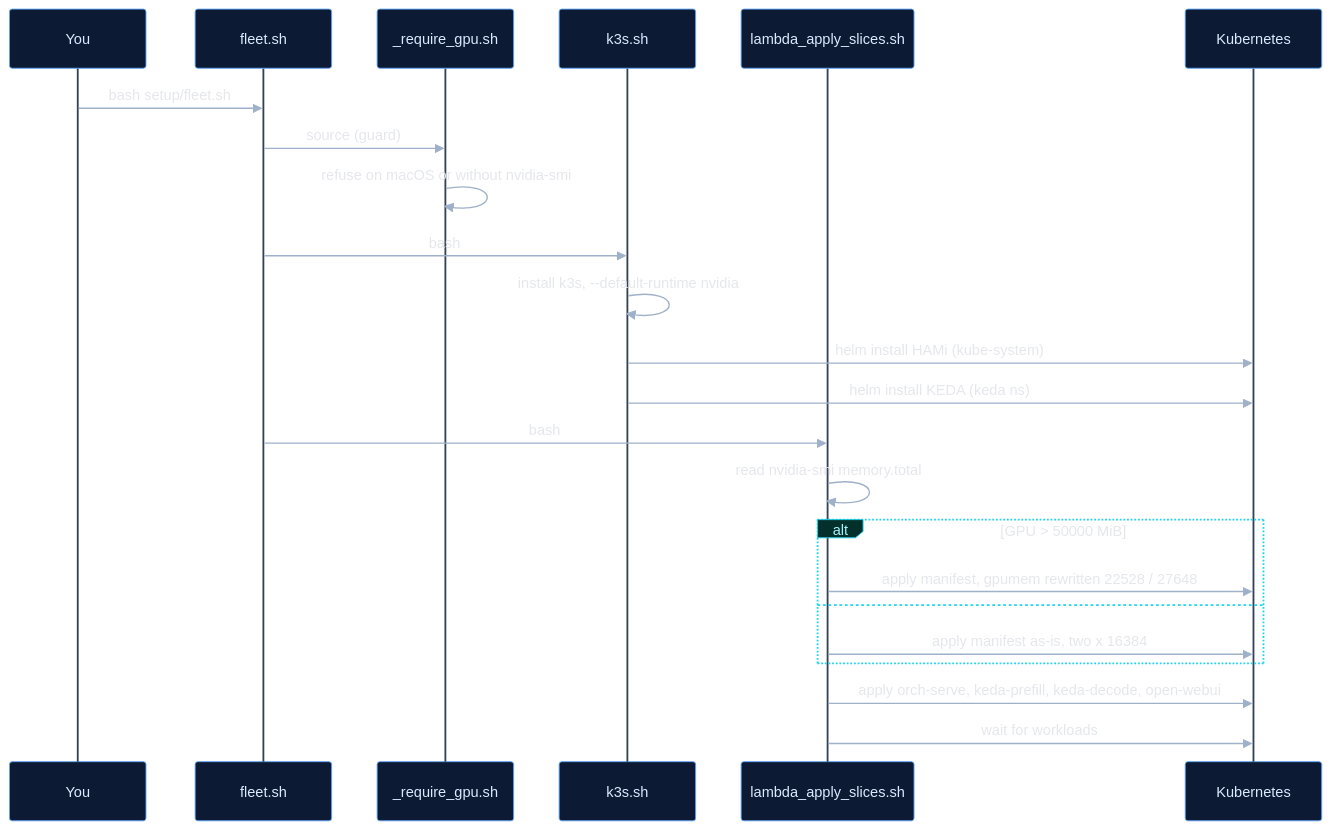
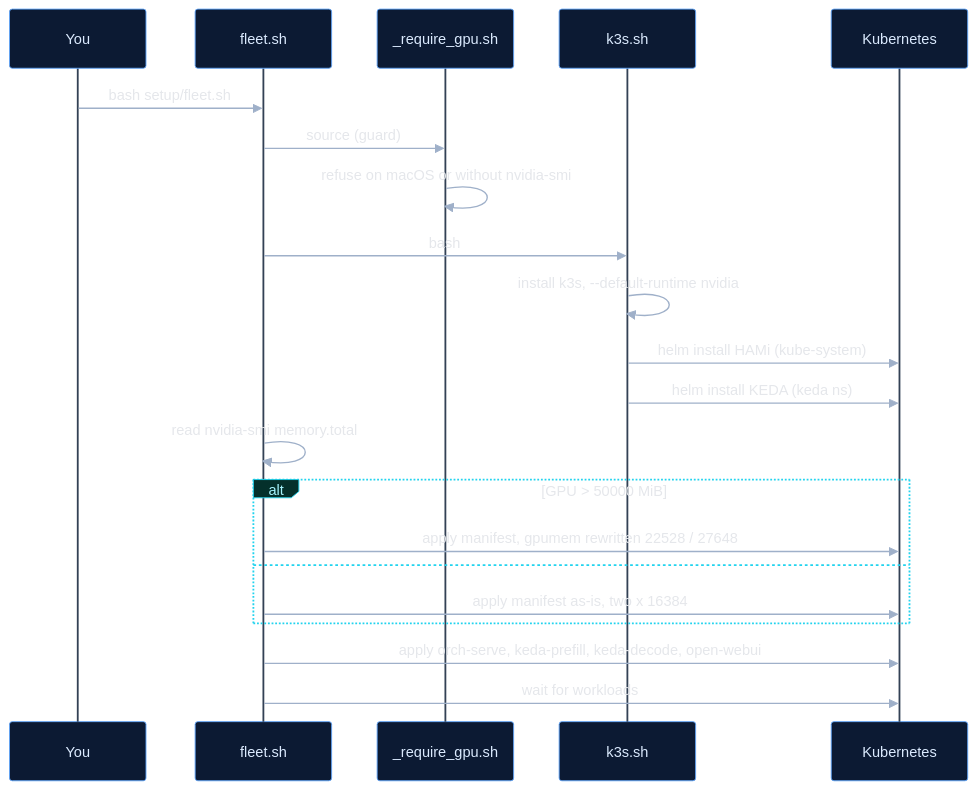
Before and after one commit to harshuljain13/Dodona: the first of 9 diagrams in docs/cluster/DATAFLOW.md, drawn with Mermaid. The commit also changed other lines of this file and 3 other files, not shown here.

````diff
--- a/docs/cluster/DATAFLOW.md
+++ b/docs/cluster/DATAFLOW.md
@@ -26,36 +26,34 @@
 ```mermaid
 %%{init: {'theme':'base','themeVariables':{
   'darkMode':true,'background':'#0B0B0B',
   'fontFamily':'Helvetica, Arial, sans-serif','fontSize':'13.5px',
   'actorBkg':'#0C1A33','actorBorder':'#60A5FA','actorTextColor':'#DBEAFE','actorLineColor':'#334155',
   'signalColor':'#9FB0C9','signalTextColor':'#E5E7EB',
   'noteBkgColor':'#2B2008','noteBorderColor':'#FBBF24','noteTextColor':'#FDE68A',
   'activationBkgColor':'#06220F','activationBorderColor':'#4ADE80',
   'labelBoxBkgColor':'#04302B','labelBoxBorderColor':'#22D3EE','labelTextColor':'#A5F3FC',
   'sequenceNumberColor':'#0B0B0B','loopTextColor':'#E5E7EB','textColor':'#E5E7EB'
 }}}%%
 sequenceDiagram
     participant U as You
     participant C as fleet.sh
     participant G as _require_gpu.sh
     participant K as k3s.sh
-    participant A as lambda_apply_slices.sh
     participant API as Kubernetes
 
     U->>C: bash setup/fleet.sh
     C->>G: source (guard)
     G->>G: refuse on macOS or without nvidia-smi
     C->>K: bash
     K->>K: install k3s, --default-runtime nvidia
     K->>API: helm install HAMi (kube-system)
     K->>API: helm install KEDA (keda ns)
-    C->>A: bash
-    A->>A: read nvidia-smi memory.total
+    C->>C: read nvidia-smi memory.total
     alt GPU > 50000 MiB
-        A->>API: apply manifest, gpumem rewritten 22528 / 27648
+        C->>API: apply manifest, gpumem rewritten 22528 / 27648
     else
-        A->>API: apply manifest as-is, two x 16384
+        C->>API: apply manifest as-is, two x 16384
     end
-    A->>API: apply orch-serve, keda-prefill, keda-decode, open-webui
-    A->>API: wait for workloads
+    C->>API: apply orch-serve, keda-prefill, keda-decode, open-webui
+    C->>API: wait for workloads
 ```
````
